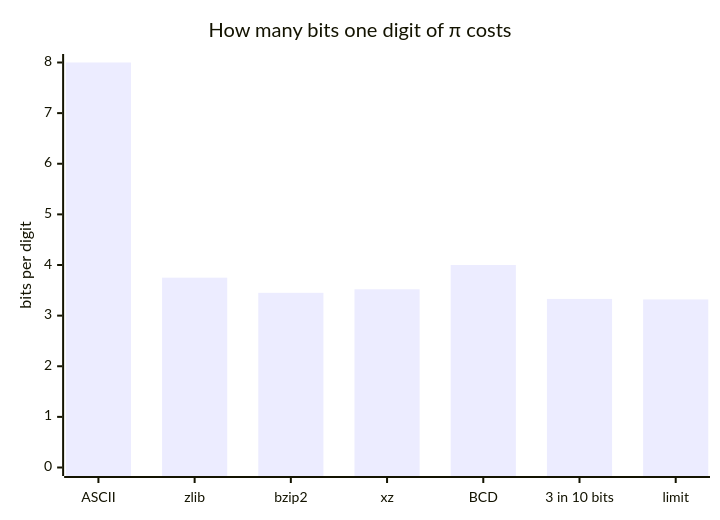
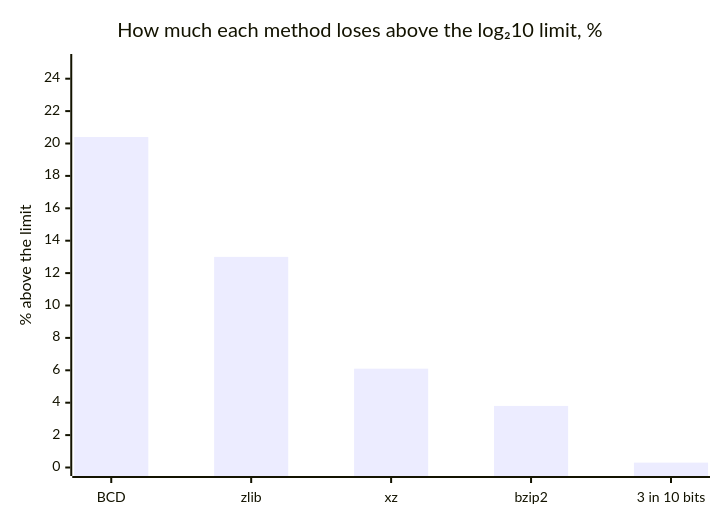
The third of 6 diagrams in article-2026.md (favorart/pi-birthday), drawn with Mermaid before and after one commit. The commit also changed other lines of this file and 10 other files, not shown here.

````diff
--- a/article-2026.md
+++ b/article-2026.md
@@ -85,7 +90,7 @@
 ```mermaid
 xychart-beta
-    title "How many bits one digit of π costs"
-    x-axis ["ASCII", "zlib", "bzip2", "xz", "BCD", "3 in 10 bits", "limit"]
-    y-axis "bits per digit" 0 --> 8
-    bar [8, 3.75, 3.45, 3.52, 4, 3.33, 3.32]
+    title "How much each method loses above the log₂10 limit, %"
+    x-axis ["BCD", "zlib", "xz", "bzip2", "3 in 10 bits"]
+    y-axis "% above the limit" 0 --> 25
+    bar [20.4, 13.0, 6.1, 3.8, 0.3]
 ```
````
